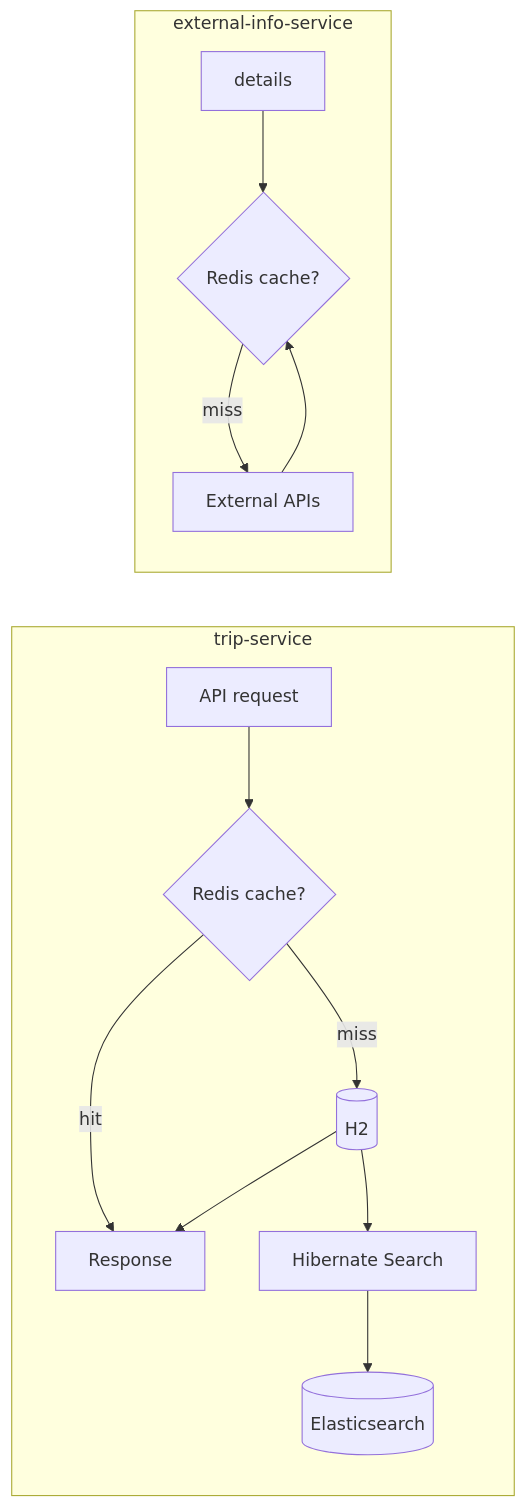
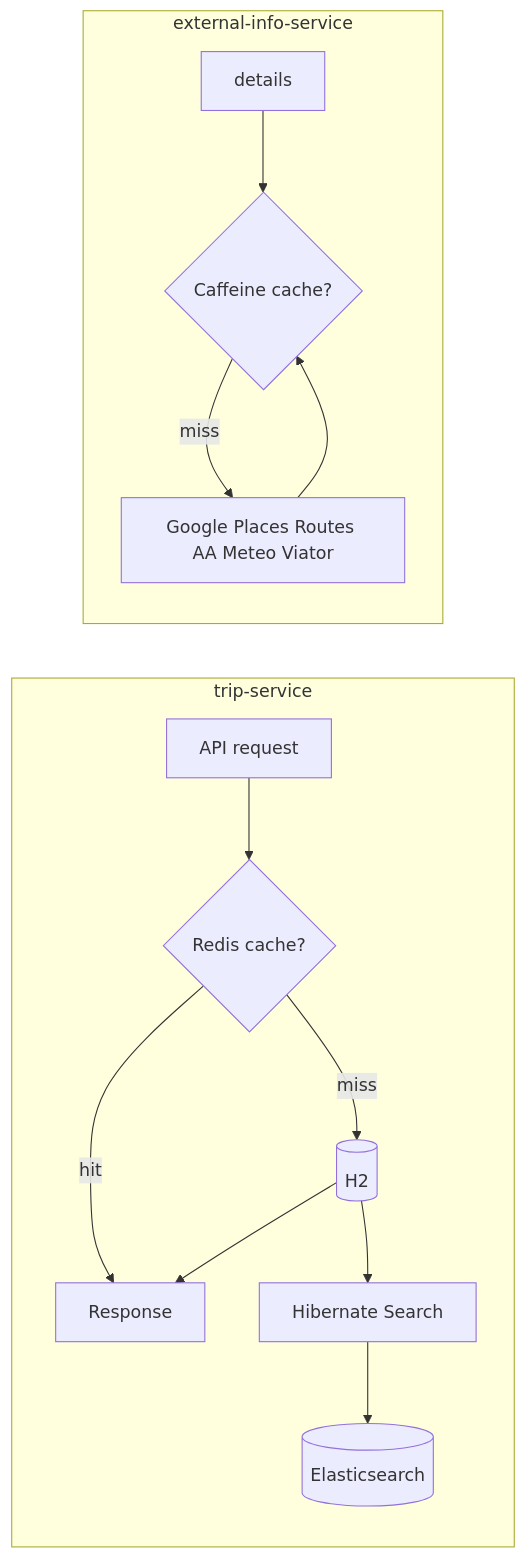
Before and after one commit to tbd-htwg/backend: the fourth of 4 diagrams in docs/gettingstarted/STATE.md, drawn with Mermaid. The commit also changed other lines of this file and 12 other files, not shown here.

````diff
--- a/docs/gettingstarted/STATE.md
+++ b/docs/gettingstarted/STATE.md
@@ -236,17 +260,17 @@
 ```mermaid
 flowchart LR
   subgraph TripFlow["trip-service"]
     Req[API request] --> Cache{Redis cache?}
     Cache -->|hit| Resp[Response]
     Cache -->|miss| H2[(H2)]
     H2 --> Index[Hibernate Search]
     Index --> ES[(Elasticsearch)]
     H2 --> Resp
   end
 
   subgraph ExtFlow["external-info-service"]
-    Req2[details] --> RCache{Redis cache?}
-    RCache -->|miss| APIs[External APIs]
-    APIs --> RCache
+    Req2[details] --> CCache{Caffeine cache?}
+    CCache -->|miss| APIs[Google Places Routes AA Meteo Viator]
+    APIs --> CCache
   end
 ```
````
